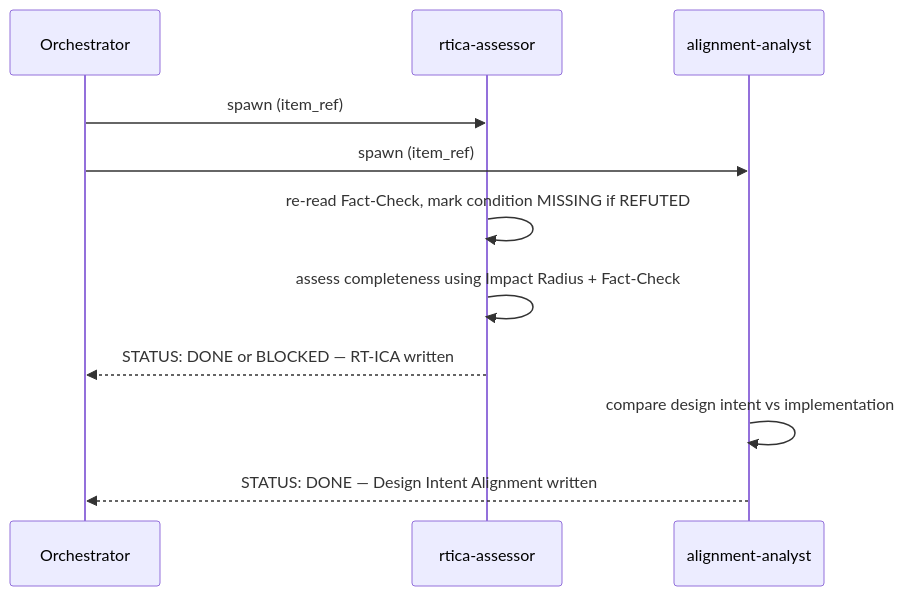
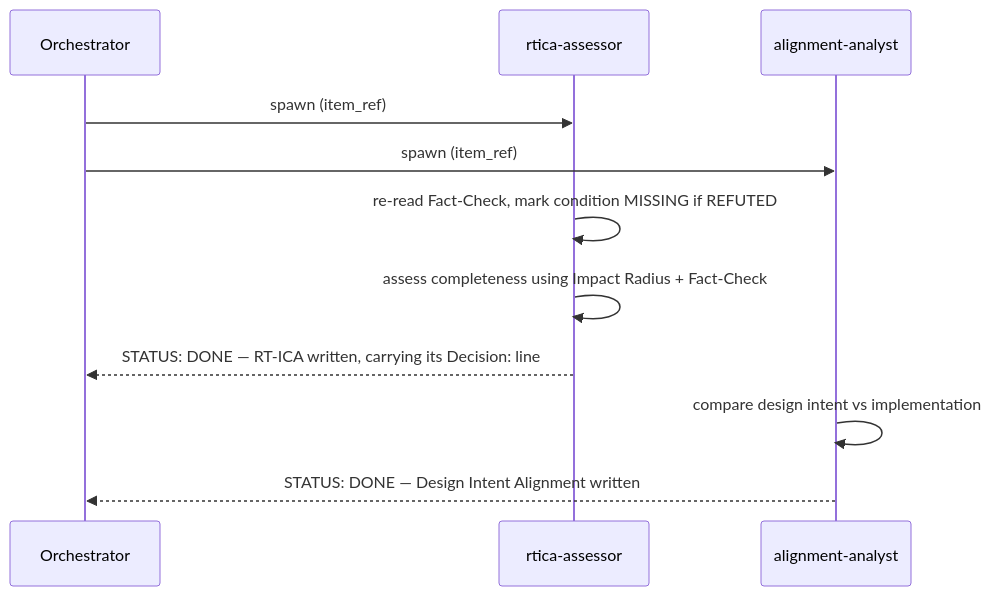
The second of 3 diagrams in plugins/development-harness/skills/work-backlog-item/references/workflows/groom/swarm.md (Jamie-BitFlight/claude_skills), drawn with Mermaid before and after one commit. The commit also changed other lines of this file and 12 other files, not shown here.

````diff
--- a/plugins/development-harness/skills/work-backlog-item/references/workflows/groom/swarm.md
+++ b/plugins/development-harness/skills/work-backlog-item/references/workflows/groom/swarm.md
@@ -97,16 +97,16 @@
 ```mermaid
 sequenceDiagram
     participant O as Orchestrator
     participant RT as rtica-assessor
     participant AA as alignment-analyst
 
     O->>RT: spawn (item_ref)
     O->>AA: spawn (item_ref)
 
     RT->>RT: re-read Fact-Check, mark condition MISSING if REFUTED
     RT->>RT: assess completeness using Impact Radius + Fact-Check
-    RT-->>O: STATUS: DONE or BLOCKED — RT-ICA written
+    RT-->>O: STATUS: DONE — RT-ICA written, carrying its Decision: line
 
     AA->>AA: compare design intent vs implementation
     AA-->>O: STATUS: DONE — Design Intent Alignment written
 ```
````
